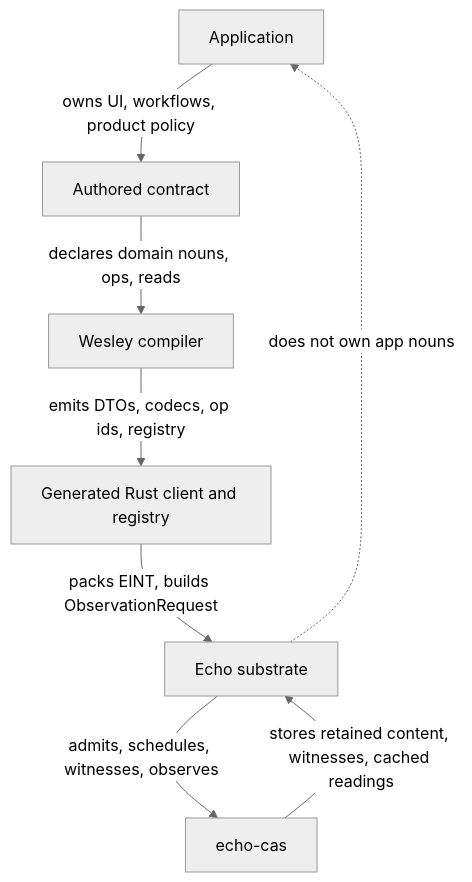
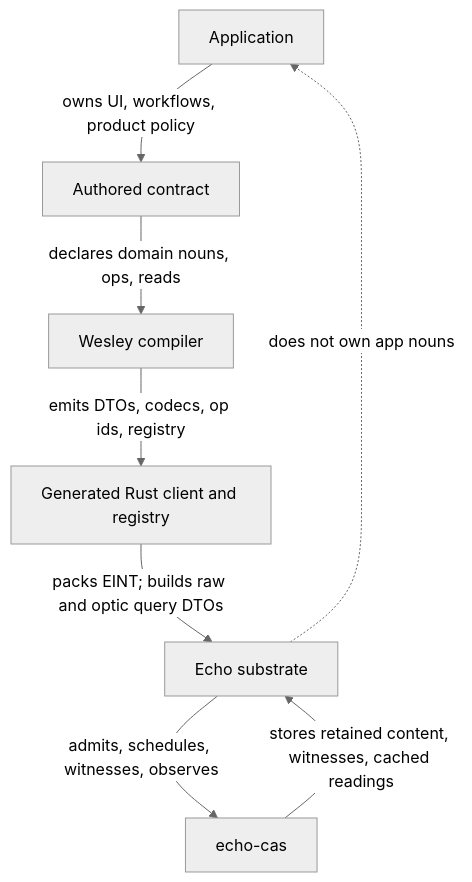
One commit to flyingrobots/echo changed the first of 8 diagrams in docs/architecture/application-contract-hosting.md. Above: the diagram before and after it, drawn with Mermaid (neutral theme). The commit also changed other lines of this file and 11 other files, not shown here.

````diff
--- a/docs/architecture/application-contract-hosting.md
+++ b/docs/architecture/application-contract-hosting.md
@@ -68,18 +71,18 @@
 ```mermaid
 flowchart TB
     app["Application"]
     contract["Authored contract"]
     wesley["Wesley compiler"]
     generated["Generated Rust client and registry"]
     echo["Echo substrate"]
     cas["echo-cas"]
 
     app -->|"owns UI, workflows, product policy"| contract
     contract -->|"declares domain nouns, ops, reads"| wesley
     wesley -->|"emits DTOs, codecs, op ids, registry"| generated
-    generated -->|"packs EINT, builds ObservationRequest"| echo
+    generated -->|"packs EINT; builds raw and optic query DTOs"| echo
     echo -->|"admits, schedules, witnesses, observes"| cas
     cas -->|"stores retained content, witnesses, cached readings"| echo
 
     echo -. "does not own app nouns" .-> app
 ```
````
